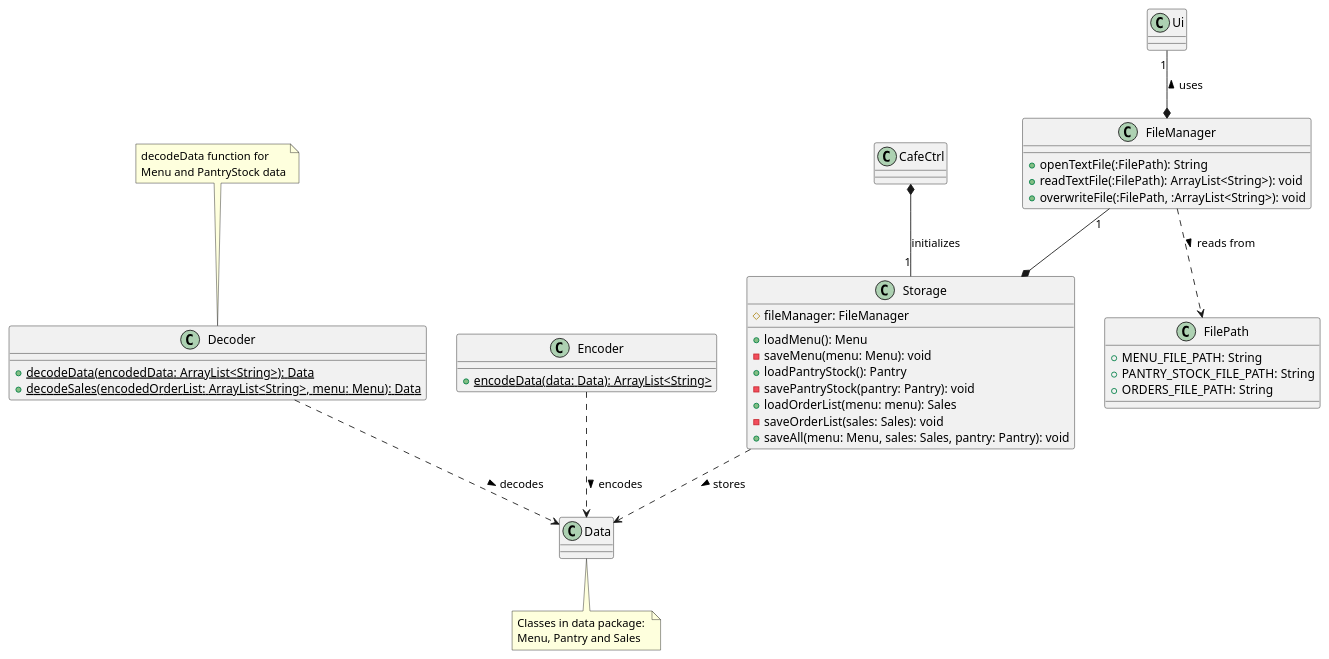
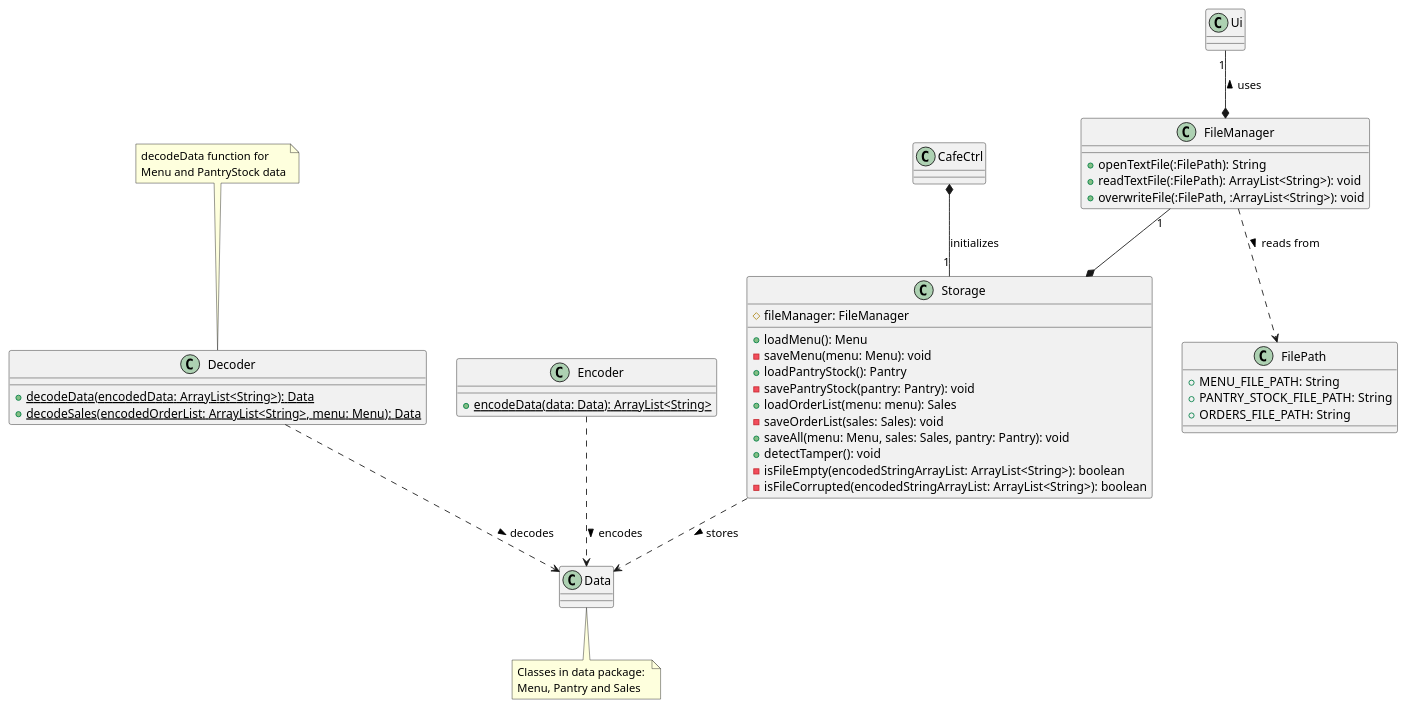
The diagram in docs/diagrams/class/Storage.puml (nus-cs2113-AY2324S1/tp), drawn with PlantUML before and after one commit. The commit also changed 1 other file, not shown here.

Commit message:
Update Storage class diagram

```diff
--- a/docs/diagrams/class/Storage.puml
+++ b/docs/diagrams/class/Storage.puml
@@ -1,53 +1,56 @@
 @startuml
 'https://plantuml.com/class-diagram
 
 class Storage {
     # fileManager: FileManager
     + loadMenu(): Menu
     - saveMenu(menu: Menu): void
     + loadPantryStock(): Pantry
     - savePantryStock(pantry: Pantry): void
     + loadOrderList(menu: menu): Sales
     - saveOrderList(sales: Sales): void
     + saveAll(menu: Menu, sales: Sales, pantry: Pantry): void
+    + detectTamper(): void
+    - isFileEmpty(encodedStringArrayList: ArrayList<String>): boolean
+    - isFileCorrupted(encodedStringArrayList: ArrayList<String>): boolean
 }
 
 class Data
 note bottom of Data: Classes in data package: \nMenu, Pantry and Sales
 
 class Ui
 
 class FilePath {
     + MENU_FILE_PATH: String
     + PANTRY_STOCK_FILE_PATH: String
     + ORDERS_FILE_PATH: String
 }
 
 class FileManager {
     + openTextFile(:FilePath): String
     + readTextFile(:FilePath): ArrayList<String>): void
     + overwriteFile(:FilePath, :ArrayList<String>): void
 }
 
 class Decoder {
     + {static} decodeData(encodedData: ArrayList<String>): Data
     + {static} decodeSales(encodedOrderList: ArrayList<String>, menu: Menu): Data
 }
 note top of Decoder: decodeData function for\nMenu and PantryStock data
 
 class Encoder {
     + {static} encodeData(data: Data): ArrayList<String>
 }
 
 CafeCtrl *-- "1" Storage: initializes
 
 FileManager "1" --* Storage
 Storage ..> Data: stores >
 Ui "1" --* FileManager : uses <
 
 FileManager ..> FilePath: reads from >
 
 Encoder ..> Data: encodes >
 
 Decoder ..> Data: decodes >
 @enduml
```
